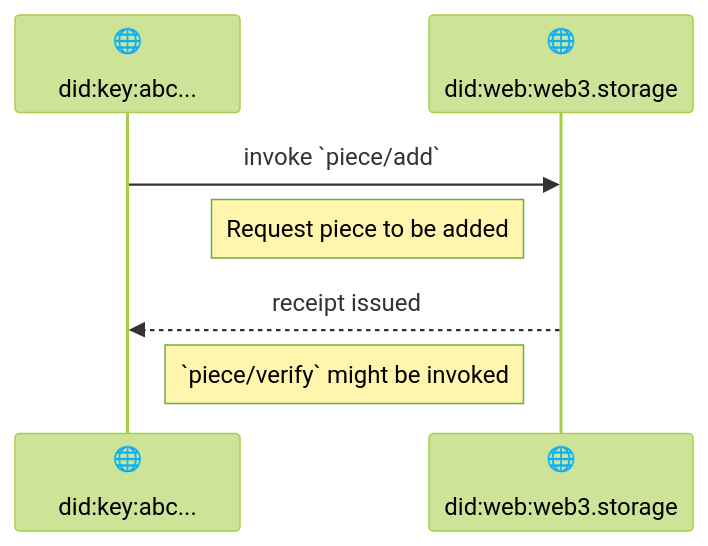
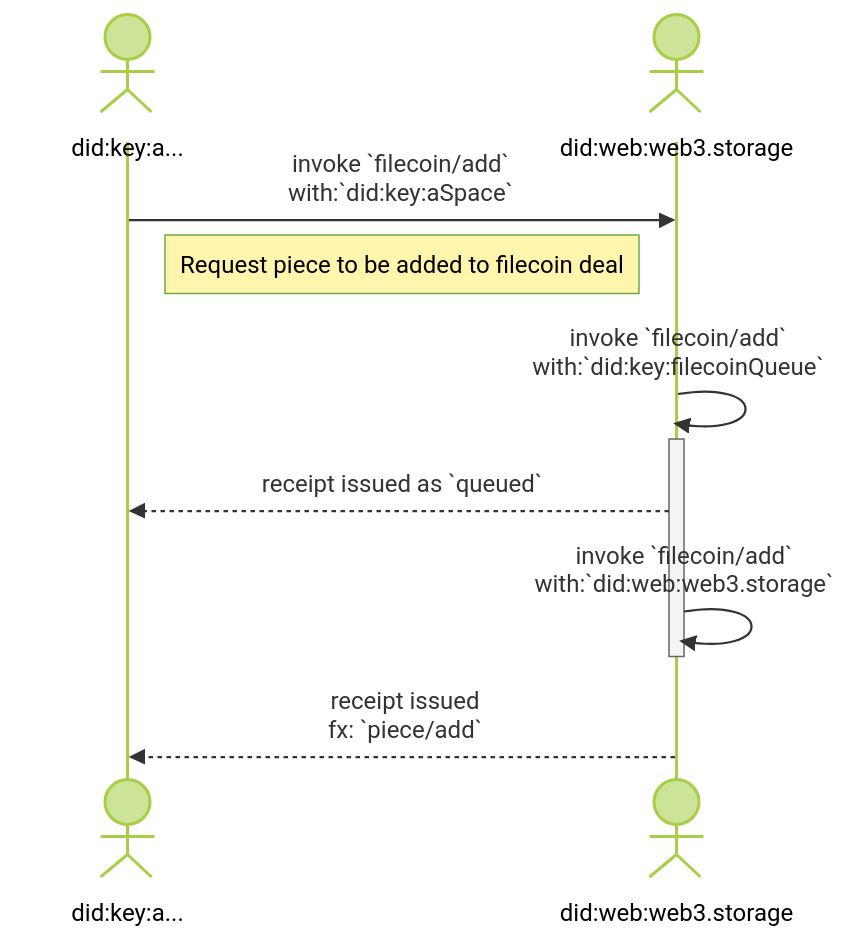
One commit to storacha/specs changed the first of 4 diagrams in w3-aggregation.md. Above: the diagram before and after it, drawn with Mermaid (forest theme). The commit also changed other lines of this file and 1 other file, not shown here.

````diff
--- a/w3-aggregation.md
+++ b/w3-aggregation.md
@@ -65,10 +76,14 @@
 ```mermaid
 sequenceDiagram
-    participant Agent as 🌐<br/><br/>did:key:abc...
-    participant Storefront as 🌐<br/><br/>did:web:web3.storage
+    actor Agent as <br/><br/>did:key:a...
+    actor Storefront as <br/><br/>did:web:web3.storage
 
-    Agent->>Storefront: invoke `piece/add`
-    Note left of Storefront: Request piece to be added
-    Storefront-->>Agent: receipt issued
-    Note left of Storefront: `piece/verify` might be invoked
+    Agent->>Storefront: invoke `filecoin/add`<br>with:`did:key:aSpace`
+    Note left of Storefront: Request piece to be added to filecoin deal
+    Storefront->>Storefront: invoke `filecoin/add`<br>with:`did:key:filecoinQueue`
+    activate Storefront
+    Storefront-->>Agent: receipt issued as `queued`
+    Storefront->>Storefront: invoke `filecoin/add`<br>with:`did:web:web3.storage`
+    deactivate Storefront
+    Storefront-->>Agent: receipt issued<br>fx: `piece/add`
 ```
````
